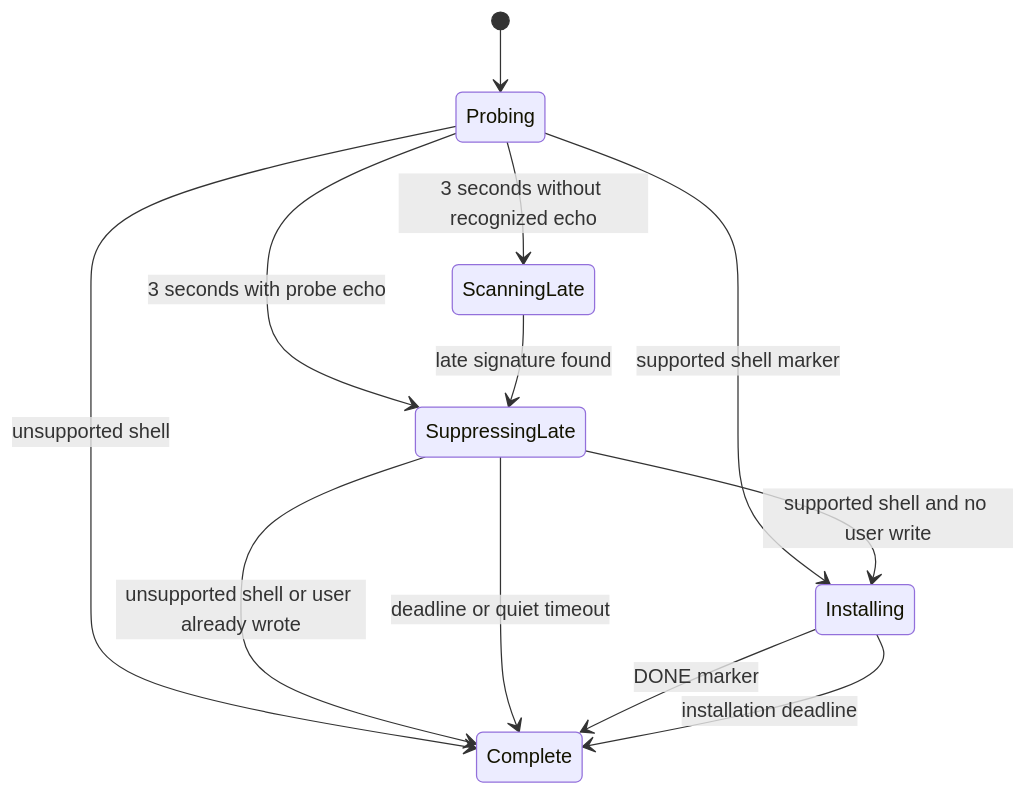
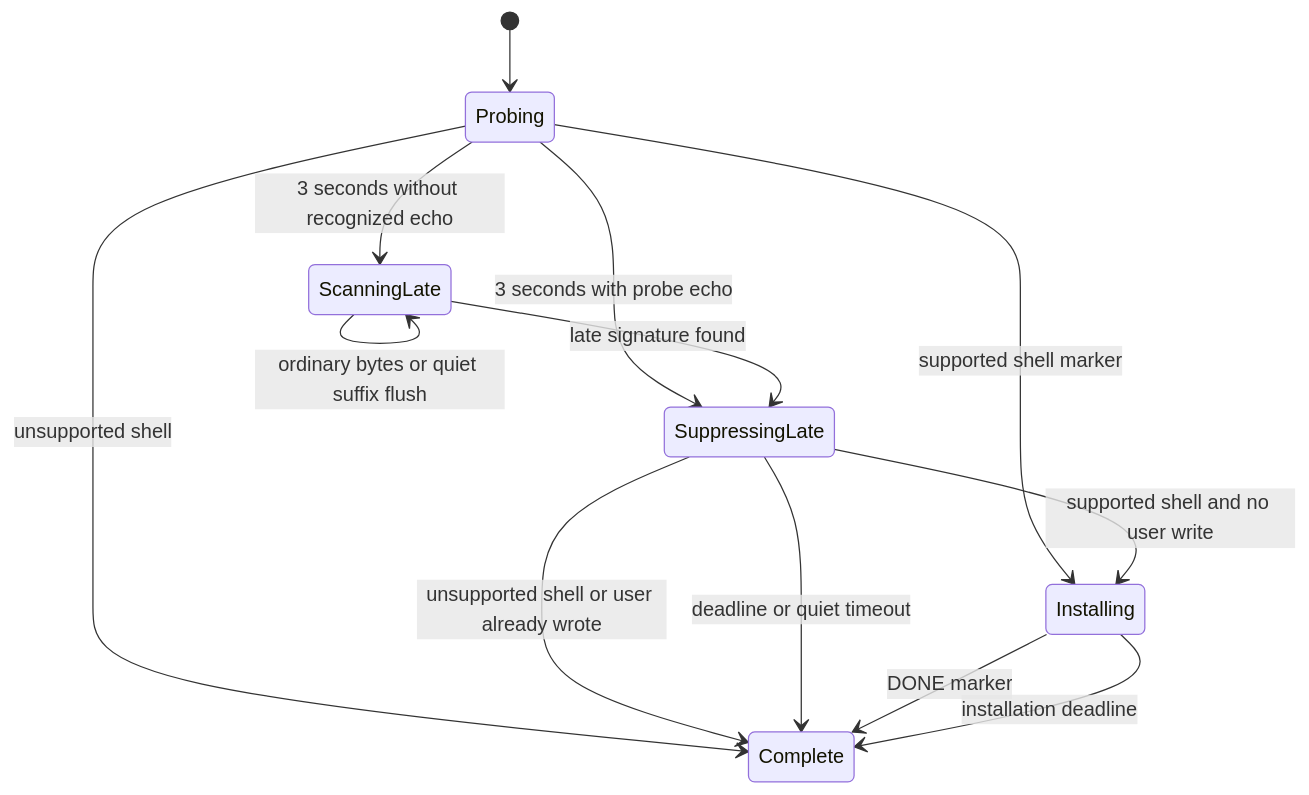
One commit to AkinoKaede/Termind changed the second of 4 diagrams in openwiki/concepts/shell-integration.md. Above: the diagram before and after it, drawn with Mermaid. The commit also changed other lines of this file and 57 other files, not shown here.

````diff
--- a/openwiki/concepts/shell-integration.md
+++ b/openwiki/concepts/shell-integration.md
@@ -98,14 +98,15 @@
 ```mermaid
 stateDiagram-v2
     [*] --> Probing
     Probing --> Installing: supported shell marker
     Probing --> Complete: unsupported shell
     Probing --> ScanningLate: 3 seconds without recognized echo
     Probing --> SuppressingLate: 3 seconds with probe echo
+    ScanningLate --> ScanningLate: ordinary bytes or quiet suffix flush
     ScanningLate --> SuppressingLate: late signature found
     SuppressingLate --> Installing: supported shell and no user write
     SuppressingLate --> Complete: unsupported shell or user already wrote
     SuppressingLate --> Complete: deadline or quiet timeout
     Installing --> Complete: DONE marker
     Installing --> Complete: installation deadline
 ```
````
